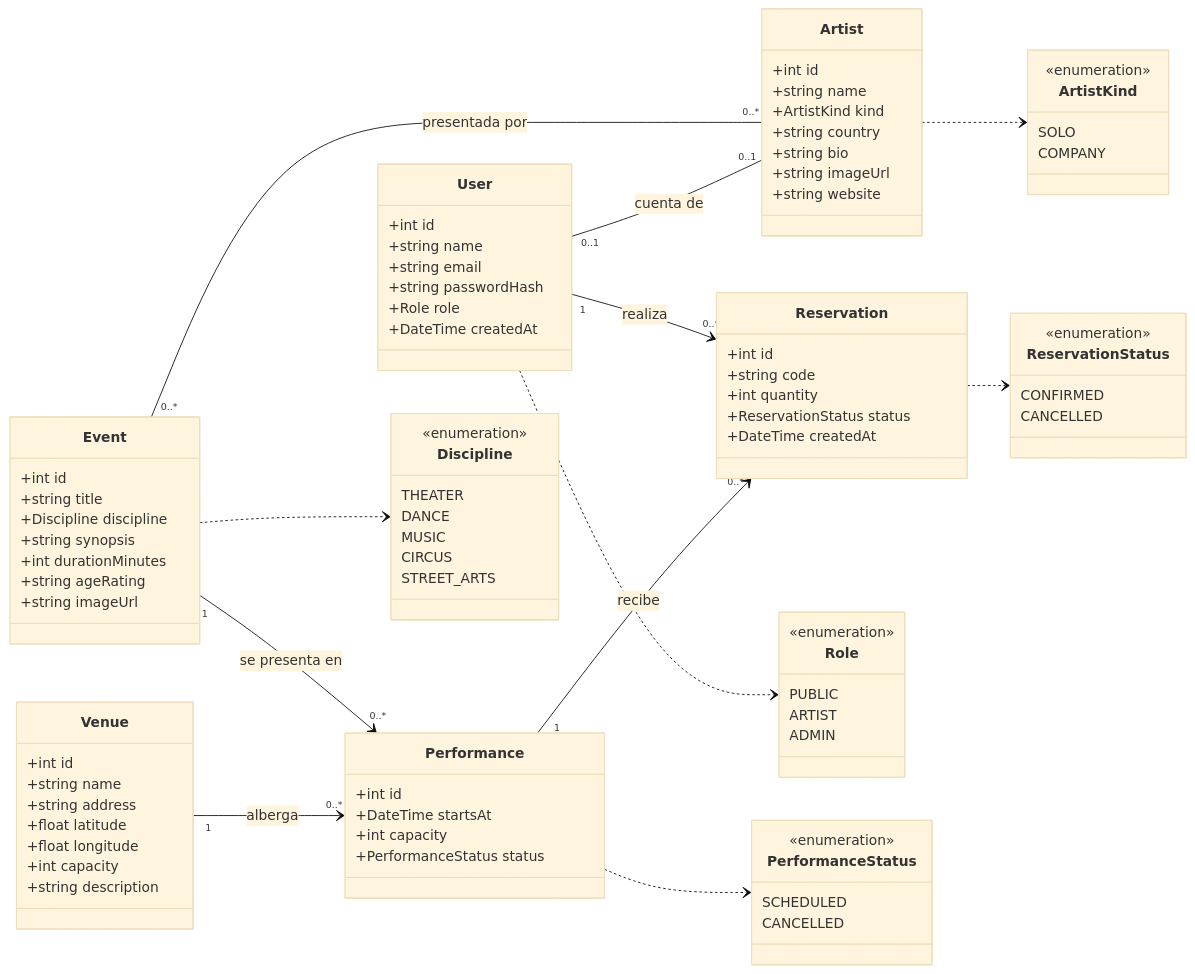
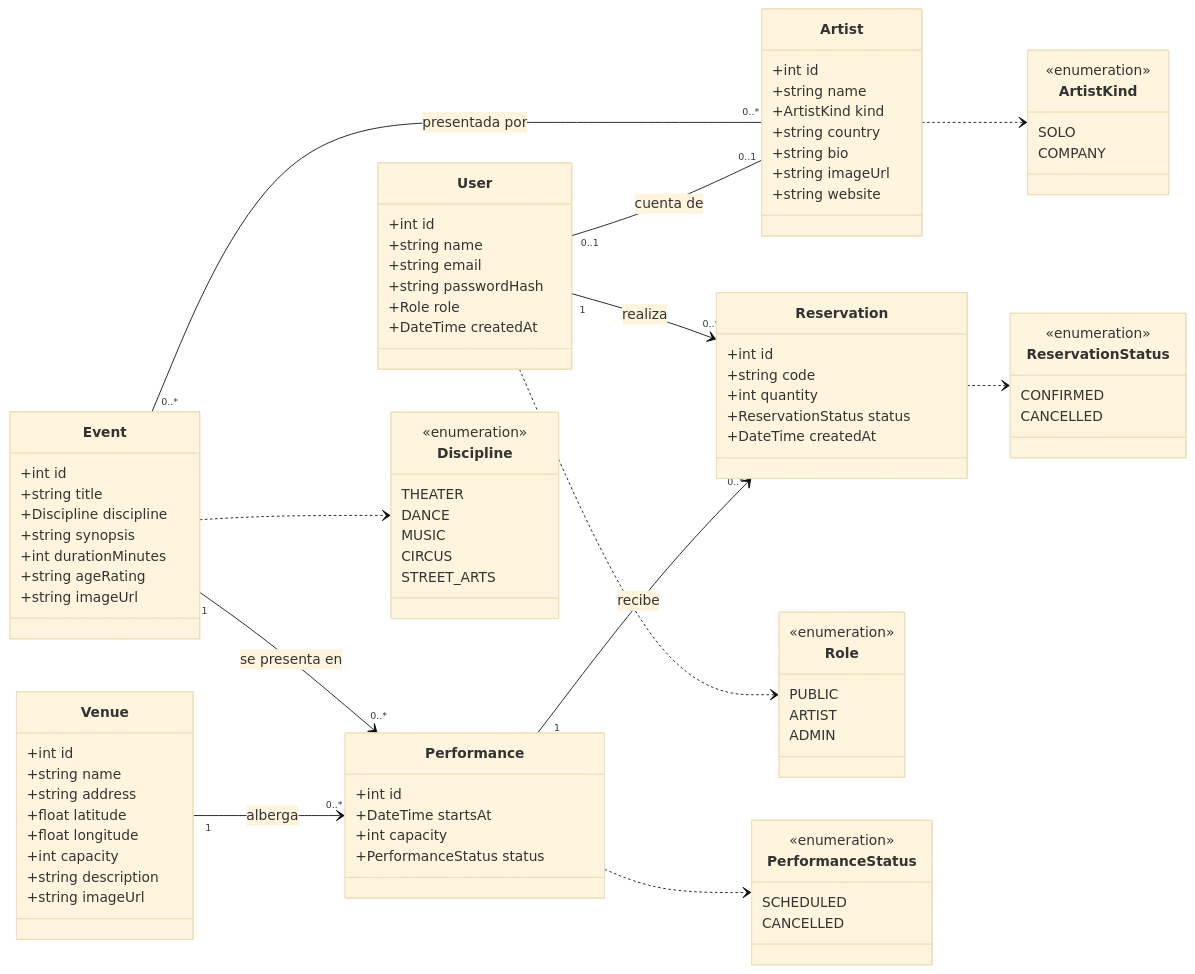
Before and after one commit to Camello15/festival-artes-vivas-loja: the first of 3 diagrams in docs/arquitectura/01-vista-logica.md, drawn with Mermaid (base theme). The commit also changed 2 other files, not shown here.

Commit message:
docs(architecture): corregir casos de uso y clases según el código
- Casos de uso: «include» de UC5 en UC6-UC10 y «extend» con la
  dirección UML correcta (UC6 extiende UC2, UC10 extiende UC9).
- Diagrama de clases: Venue.imageUrl, presente en schema.prisma.
- README: la carpeta middlewares ya incluye la autenticación JWT.

Los 30 bloques Mermaid de la documentación se validaron con el parser
oficial (mermaid 11).

```diff
--- a/docs/arquitectura/01-vista-logica.md
+++ b/docs/arquitectura/01-vista-logica.md
@@ -47,6 +47,7 @@
         +float longitude
         +int capacity
         +string description
+        +string imageUrl
     }
 
     class Performance {
```
